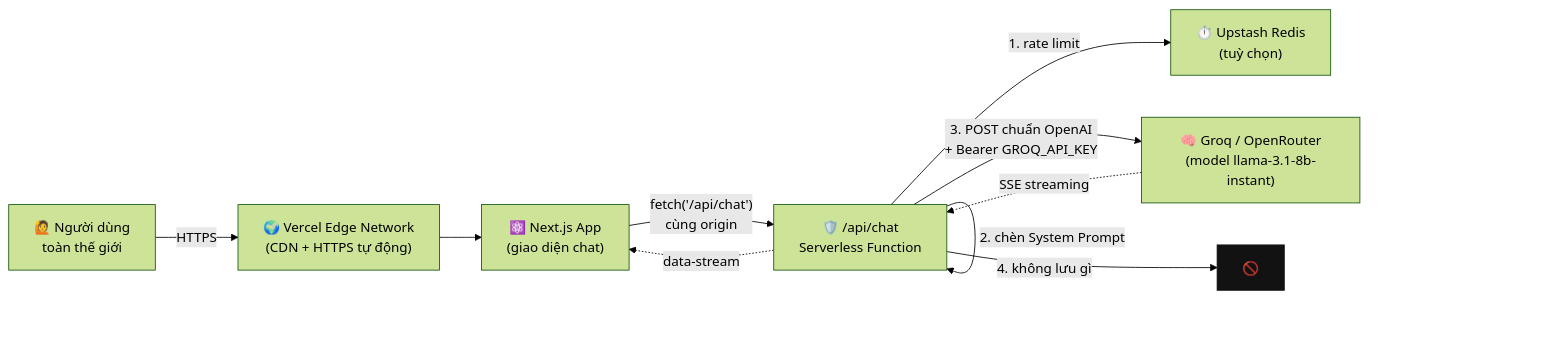
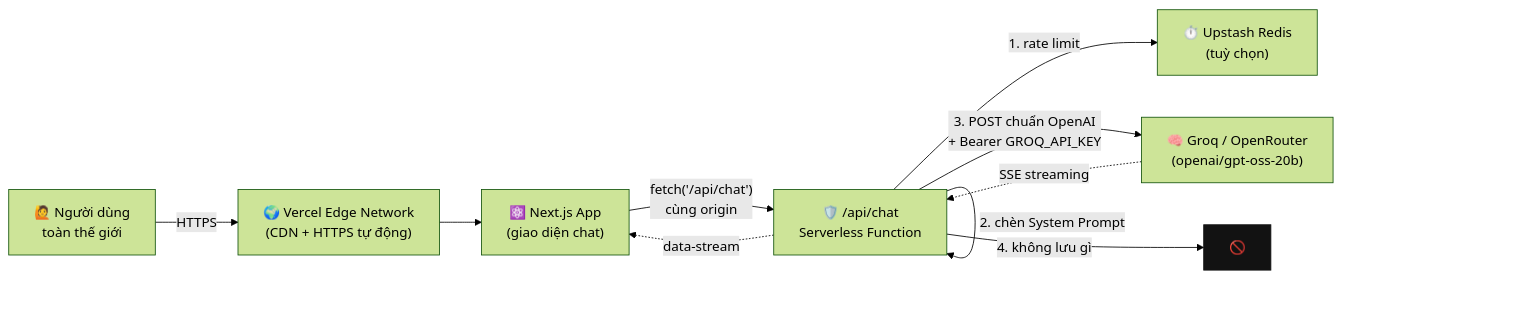
One commit to Phulpe/tramsacphucthaohjhj changed the diagram in DEPLOYMENT_GUIDE.md. Above: the diagram before and after it, drawn with Mermaid (forest theme). The commit also changed other lines of this file and 7 other files, not shown here.

````diff
--- a/DEPLOYMENT_GUIDE.md
+++ b/DEPLOYMENT_GUIDE.md
@@ -40,13 +40,13 @@
 ```mermaid
 flowchart LR
     U["🙋 Người dùng<br/>toàn thế giới"] -->|HTTPS| CDN["🌍 Vercel Edge Network<br/>(CDN + HTTPS tự động)"]
     CDN --> APP["⚛️ Next.js App<br/>(giao diện chat)"]
     APP -->|"fetch('/api/chat')<br/>cùng origin"| API["🛡️ /api/chat<br/>Serverless Function"]
     API -->|"1. rate limit"| RL["⏱️ Upstash Redis<br/>(tuỳ chọn)"]
     API -->|"2. chèn System Prompt"| API
-    API -->|"3. POST chuẩn OpenAI<br/>+ Bearer GROQ_API_KEY"| LLM["🧠 Groq / OpenRouter<br/>(model llama-3.1-8b-instant)"]
+    API -->|"3. POST chuẩn OpenAI<br/>+ Bearer GROQ_API_KEY"| LLM["🧠 Groq / OpenRouter<br/>(openai/gpt-oss-20b)"]
     LLM -.->|"SSE streaming"| API
     API -.->|"data-stream"| APP
     API -->|"4. không lưu gì"| X["🚫"]
     style X fill:#121212,stroke:#121212,color:#121212
 ```
````
